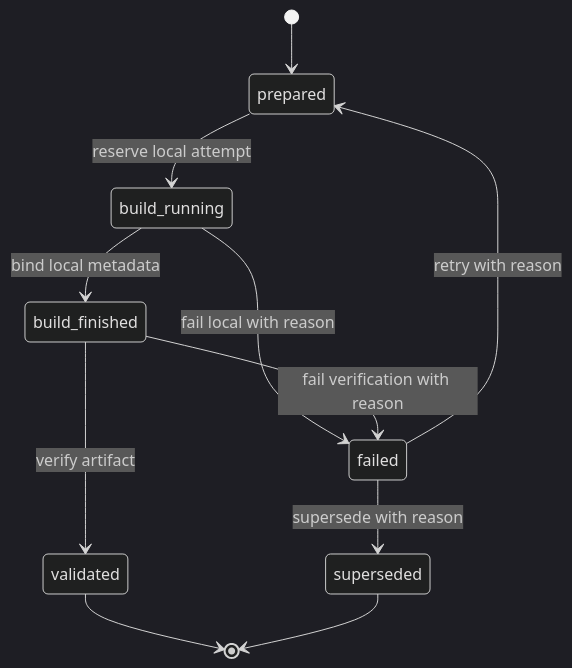
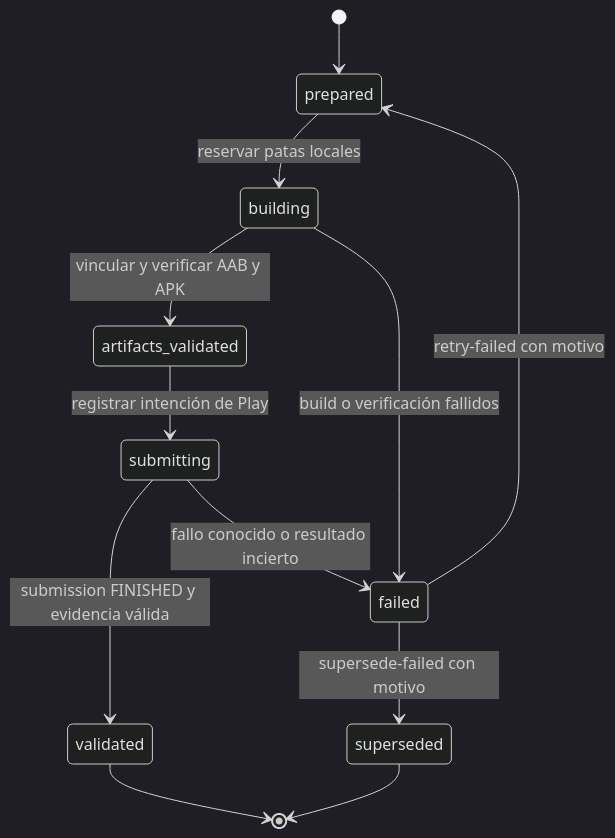
One commit to maximofn/gymnasia changed the fifth of 5 diagrams in openwiki/operations/build-release-and-testing.md. Above: the diagram before and after it, drawn with Mermaid (dark theme). The commit also changed other lines of this file and 24 other files, not shown here.

First line of the commit message:
docs(openwiki): document GYM-226 (ticket para automatizar la subida a Google Play) release flow

````diff
--- a/openwiki/operations/build-release-and-testing.md
+++ b/openwiki/operations/build-release-and-testing.md
@@ -254,13 +325,14 @@
 ```mermaid
 stateDiagram-v2
     [*] --> prepared
-    prepared --> build_running: reserve local attempt
-    build_running --> build_finished: bind local metadata
-    build_running --> failed: fail local with reason
-    build_finished --> failed: fail verification with reason
-    failed --> prepared: retry with reason
-    failed --> superseded: supersede with reason
-    build_finished --> validated: verify artifact
+    prepared --> building: reservar patas locales
+    building --> artifacts_validated: vincular y verificar AAB y APK
+    building --> failed: build o verificación fallidos
+    artifacts_validated --> submitting: registrar intención de Play
+    submitting --> validated: submission FINISHED y evidencia válida
+    submitting --> failed: fallo conocido o resultado incierto
+    failed --> prepared: retry-failed con motivo
+    failed --> superseded: supersede-failed con motivo
     validated --> [*]
     superseded --> [*]
 ```
````
